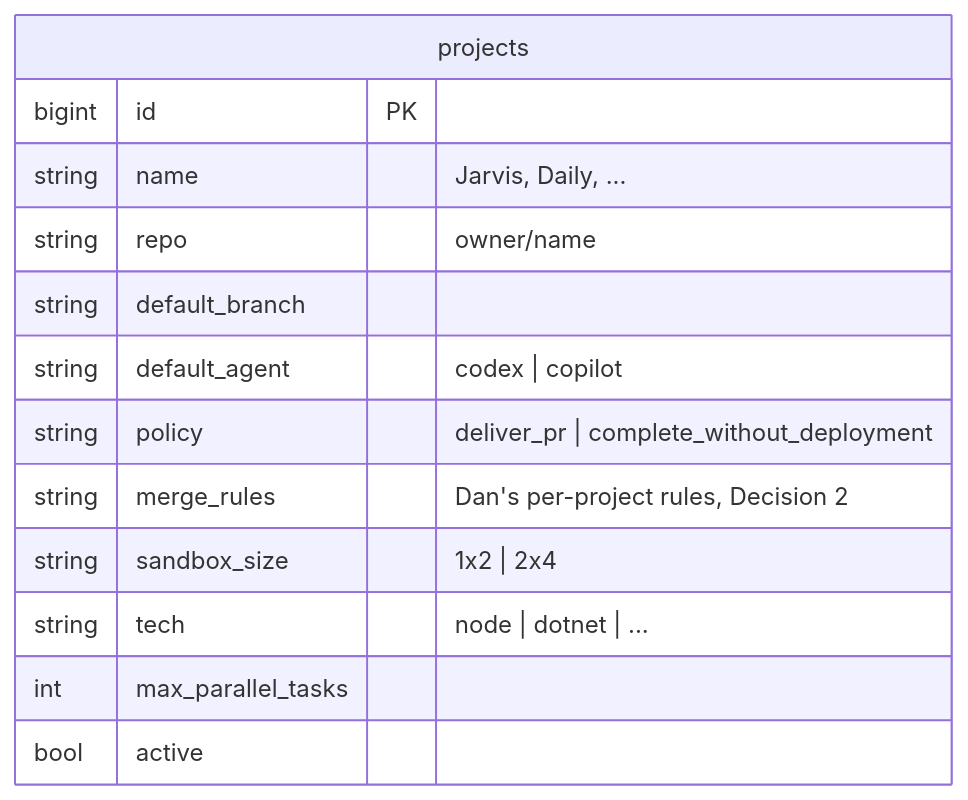
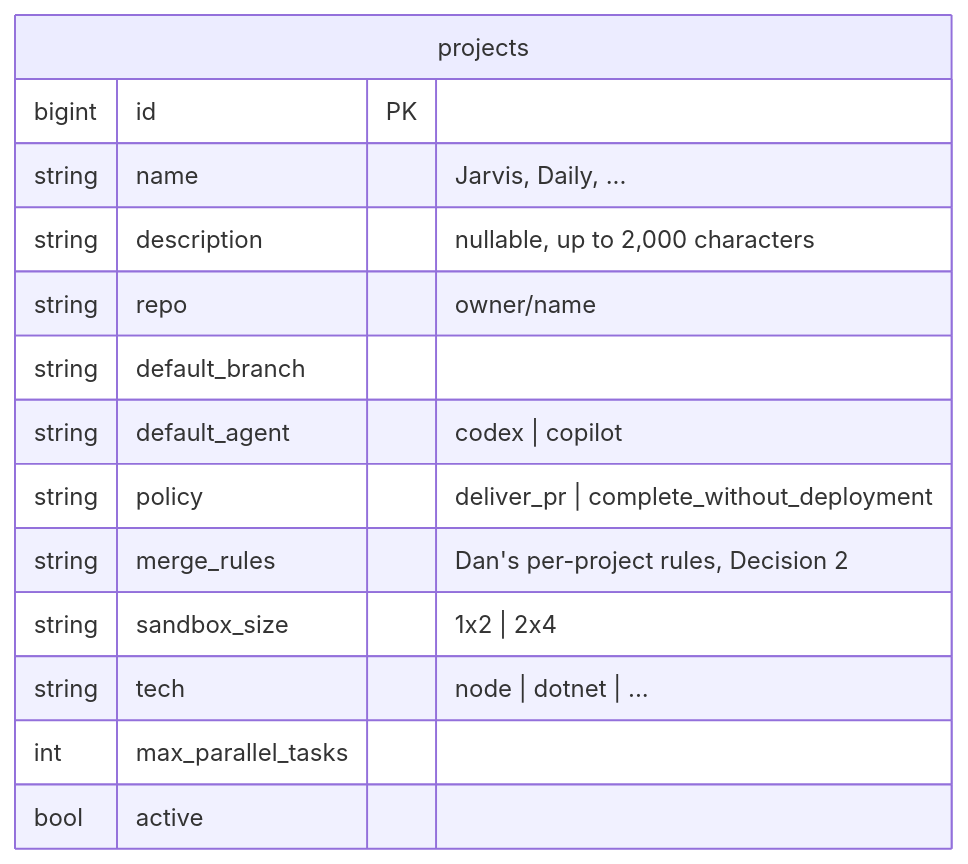
Before and after one commit to DanAakesen/jarvis: the third of 9 diagrams in docs/data-model.md, drawn with Mermaid. The commit also changed other lines of this file and 17 other files, not shown here.

````diff
--- a/docs/data-model.md
+++ b/docs/data-model.md
@@ -320,16 +320,17 @@
 ```mermaid
 erDiagram
     projects {
         bigint id PK
         string name "Jarvis, Daily, ..."
+        string description "nullable, up to 2,000 characters"
         string repo "owner/name"
         string default_branch
         string default_agent "codex | copilot"
         string policy "deliver_pr | complete_without_deployment"
         string merge_rules "Dan's per-project rules, Decision 2"
         string sandbox_size "1x2 | 2x4"
         string tech "node | dotnet | ..."
         int max_parallel_tasks
         bool active
     }
 ```
````
